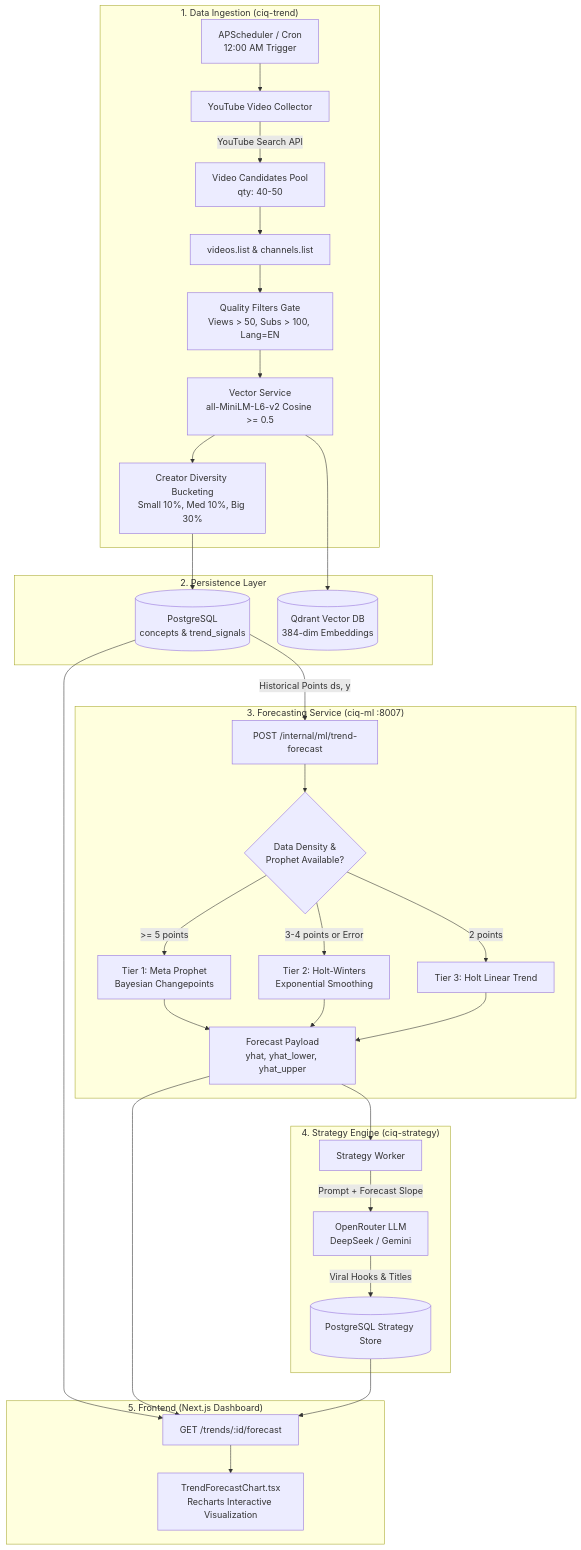
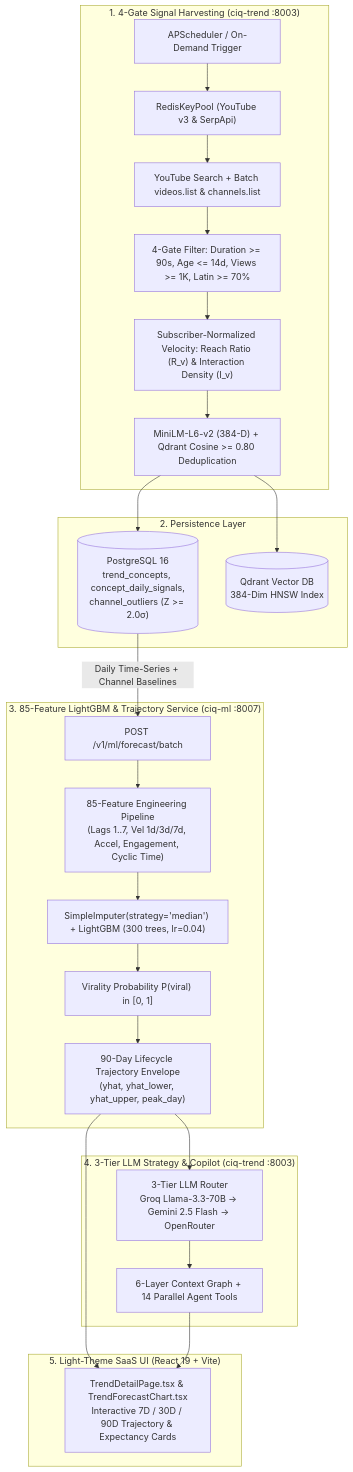
Before and after one commit to Yashparmar1125/CreatorIQ: the diagram in docs/PROPHET_PIPELINE_AND_ARCHITECTURE.md, drawn with Mermaid. The commit also changed other lines of this file and 10 other files, not shown here.

Commit message:
docs: update all architecture specs and add comprehensive algorithm and copilot reference guides

````diff
--- a/docs/PROPHET_PIPELINE_AND_ARCHITECTURE.md
+++ b/docs/PROPHET_PIPELINE_AND_ARCHITECTURE.md
@@ -25,36 +23,32 @@
 ```mermaid
 flowchart TD
-    subgraph Scheduling & Ingestion ["1. Data Ingestion (ciq-trend)"]
-        A[APScheduler / Cron<br/>12:00 AM Trigger] --> B[YouTube Video Collector]
-        B -->|YouTube Search API| C[Video Candidates Pool<br/>qty: 40-50]
-        C --> D[videos.list & channels.list]
-        D --> E[Quality Filters Gate<br/>Views > 50, Subs > 100, Lang=EN]
-        E --> F[Vector Service<br/>all-MiniLM-L6-v2 Cosine >= 0.5]
-        F --> G[Creator Diversity Bucketing<br/>Small 10%, Med 10%, Big 30%]
+    subgraph Ingestion ["1. 4-Gate Signal Harvesting (ciq-trend :8003)"]
+        A["APScheduler / On-Demand Trigger"] --> B["RedisKeyPool (YouTube v3 & SerpApi)"]
+        B --> C["YouTube Search + Batch videos.list & channels.list"]
+        C --> D["4-Gate Filter: Duration >= 90s, Age <= 14d, Views >= 1K, Latin >= 70%"]
+        D --> E["Subscriber-Normalized Velocity: Reach Ratio (R_v) & Interaction Density (I_v)"]
+        E --> F["MiniLM-L6-v2 (384-D) + Qdrant Cosine >= 0.80 Deduplication"]
     end
 
     subgraph Storage ["2. Persistence Layer"]
-        G --> H[(PostgreSQL<br/>concepts & trend_signals)]
-        F --> I[(Qdrant Vector DB<br/>384-dim Embeddings)]
+        F --> G[("PostgreSQL 16\ntrend_concepts, concept_daily_signals,\nchannel_outliers (Z >= 2.0σ)")]
+        F --> H[("Qdrant Vector DB\n384-Dim HNSW Index")]
     end
 
-    subgraph ForecastingEngine ["3. Forecasting Service (ciq-ml :8007)"]
-        H -->|Historical Points ds, y| J[POST /internal/ml/trend-forecast]
-        J --> K{Data Density &<br/>Prophet Available?}
-        K -->|>= 5 points| L[Tier 1: Meta Prophet<br/>Bayesian Changepoints]
-        K -->|3-4 points or Error| M[Tier 2: Holt-Winters<br/>Exponential Smoothing]
-        K -->|2 points| N[Tier 3: Holt Linear Trend]
-        L & M & N --> O[Forecast Payload<br/>yhat, yhat_lower, yhat_upper]
+    subgraph MLEngine ["3. 85-Feature LightGBM & Trajectory Service (ciq-ml :8007)"]
+        G -->|"Daily Time-Series + Channel Baselines"| I["POST /v1/ml/forecast/batch"]
+        I --> J["85-Feature Engineering Pipeline\n(Lags 1..7, Vel 1d/3d/7d, Accel, Engagement, Cyclic Time)"]
+        J --> K["SimpleImputer(strategy='median') + LightGBM (300 trees, lr=0.04)"]
+        K --> L["Virality Probability P(viral) in [0, 1]"]
+        L --> M["90-Day Lifecycle Trajectory Envelope\n(yhat, yhat_lower, yhat_upper, peak_day)"]
     end
 
-    subgraph StrategicEnrichment ["4. Strategy Engine (ciq-strategy)"]
-        O --> P[Strategy Worker]
-        P -->|Prompt + Forecast Slope| Q[OpenRouter LLM<br/>DeepSeek / Gemini]
-        Q -->|Viral Hooks & Titles| R[(PostgreSQL Strategy Store)]
+    subgraph Copilot ["4. 3-Tier LLM Strategy & Copilot (ciq-trend :8003)"]
+        M --> N["3-Tier LLM Router\nGroq Llama-3.3-70B → Gemini 2.5 Flash → OpenRouter"]
+        N --> O["6-Layer Context Graph + 14 Parallel Agent Tools"]
     end
 
-    subgraph UserInterface ["5. Frontend (Next.js Dashboard)"]
-        H & O & R --> S[GET /trends/:id/forecast]
-        S --> T[TrendForecastChart.tsx<br/>Recharts Interactive Visualization]
+    subgraph Frontend ["5. Light-Theme SaaS UI (React 19 + Vite)"]
+        M & O --> P["TrendDetailPage.tsx & TrendForecastChart.tsx\nInteractive 7D / 30D / 90D Trajectory & Expectancy Cards"]
     end
 ```
````
